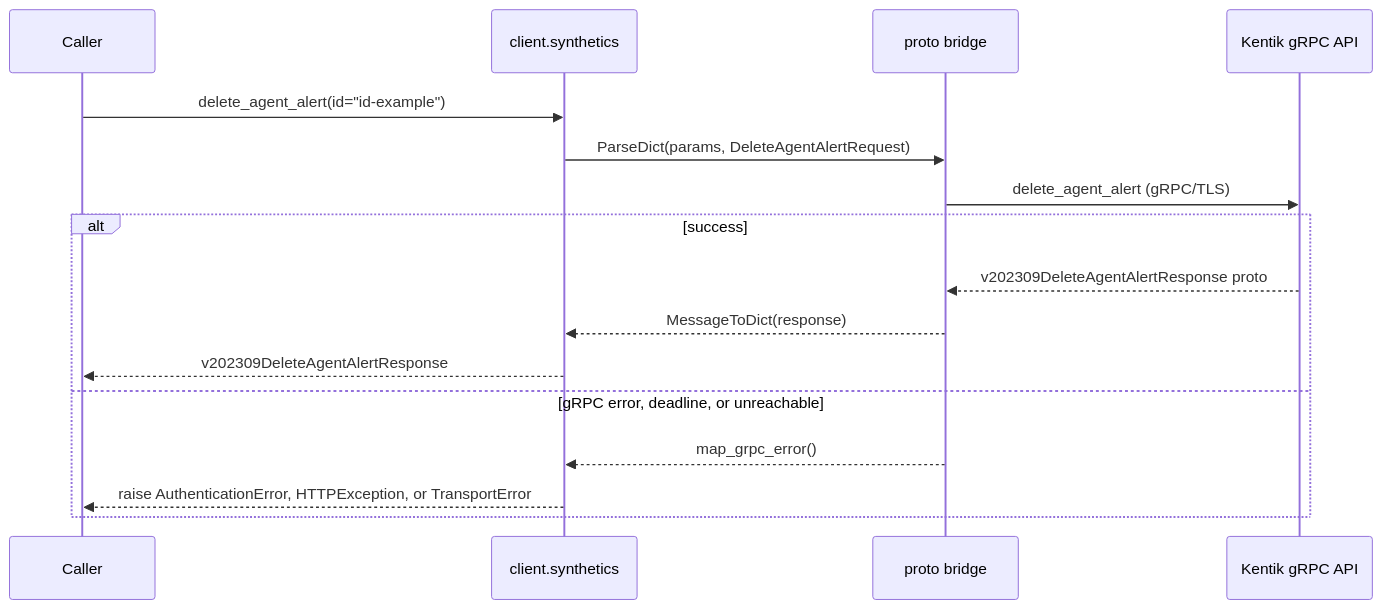
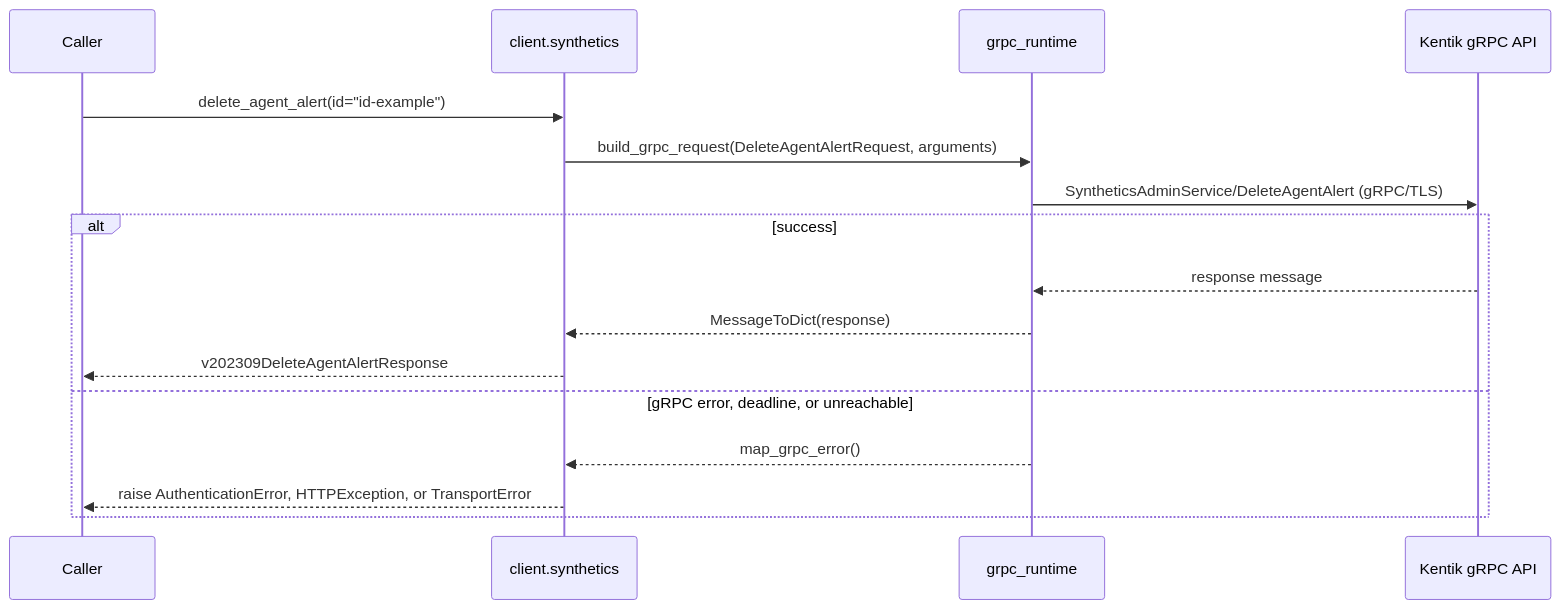
Diagram 11 of 38 in docs/sphinx/services/synthetics.md (alexdearaujo/community_sdk_python), drawn with Mermaid before and after one commit. The commit also changed other lines of this file and 37 other files, not shown here.

First line of the commit message:
docs: show the real RPC in each service page's gRPC diagram

````diff
--- a/docs/sphinx/services/synthetics.md
+++ b/docs/sphinx/services/synthetics.md
@@ -365,19 +365,19 @@
 ```mermaid
 sequenceDiagram
     participant C as Caller
     participant W as client.synthetics
-    participant B as proto bridge
+    participant R as grpc_runtime
     participant API as Kentik gRPC API
 
     C->>W: delete_agent_alert(id="id-example")
-    W->>B: ParseDict(params, DeleteAgentAlertRequest)
-    B->>API: delete_agent_alert (gRPC/TLS)
+    W->>R: build_grpc_request(DeleteAgentAlertRequest, arguments)
+    R->>API: SyntheticsAdminService/DeleteAgentAlert (gRPC/TLS)
     alt success
-        API-->>B: v202309DeleteAgentAlertResponse proto
-        B-->>W: MessageToDict(response)
+        API-->>R: response message
+        R-->>W: MessageToDict(response)
         W-->>C: v202309DeleteAgentAlertResponse
     else gRPC error, deadline, or unreachable
-        B-->>W: map_grpc_error()
+        R-->>W: map_grpc_error()
         W-->>C: raise AuthenticationError, HTTPException, or TransportError
     end
 ```
````
